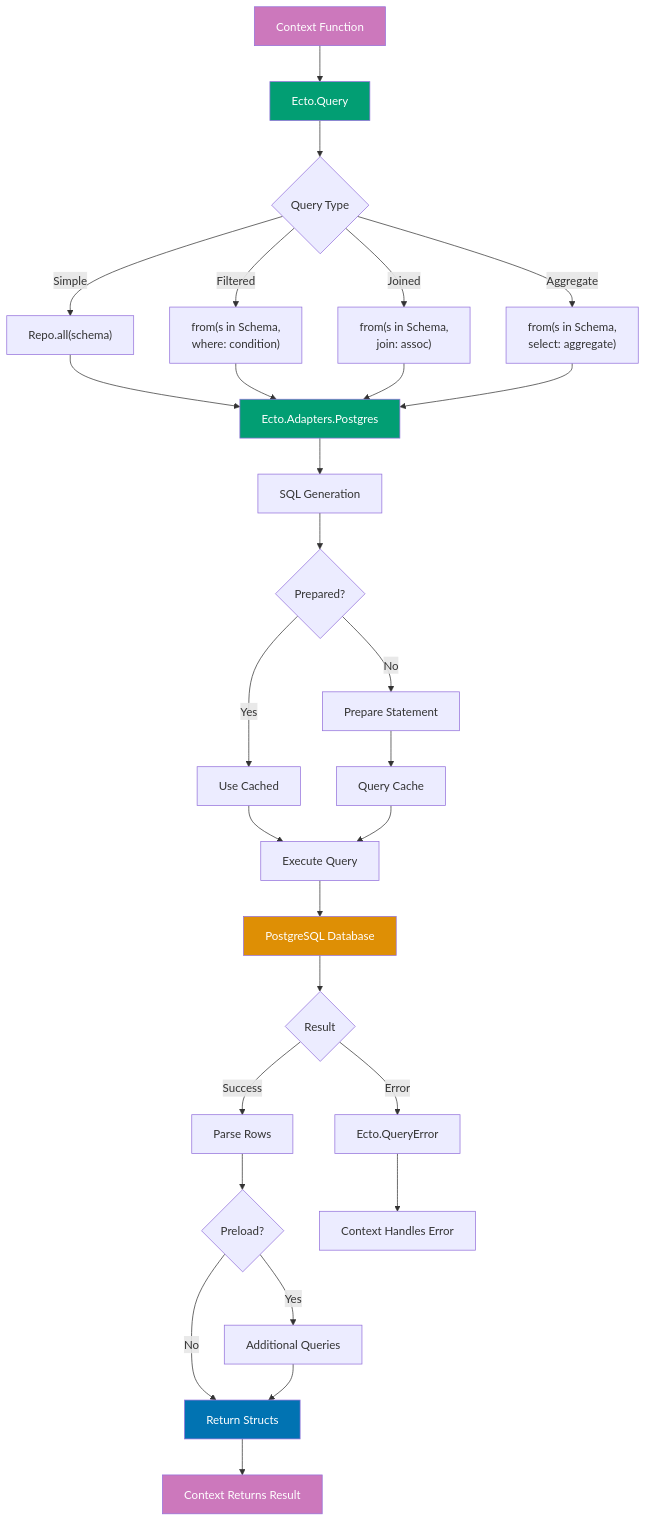
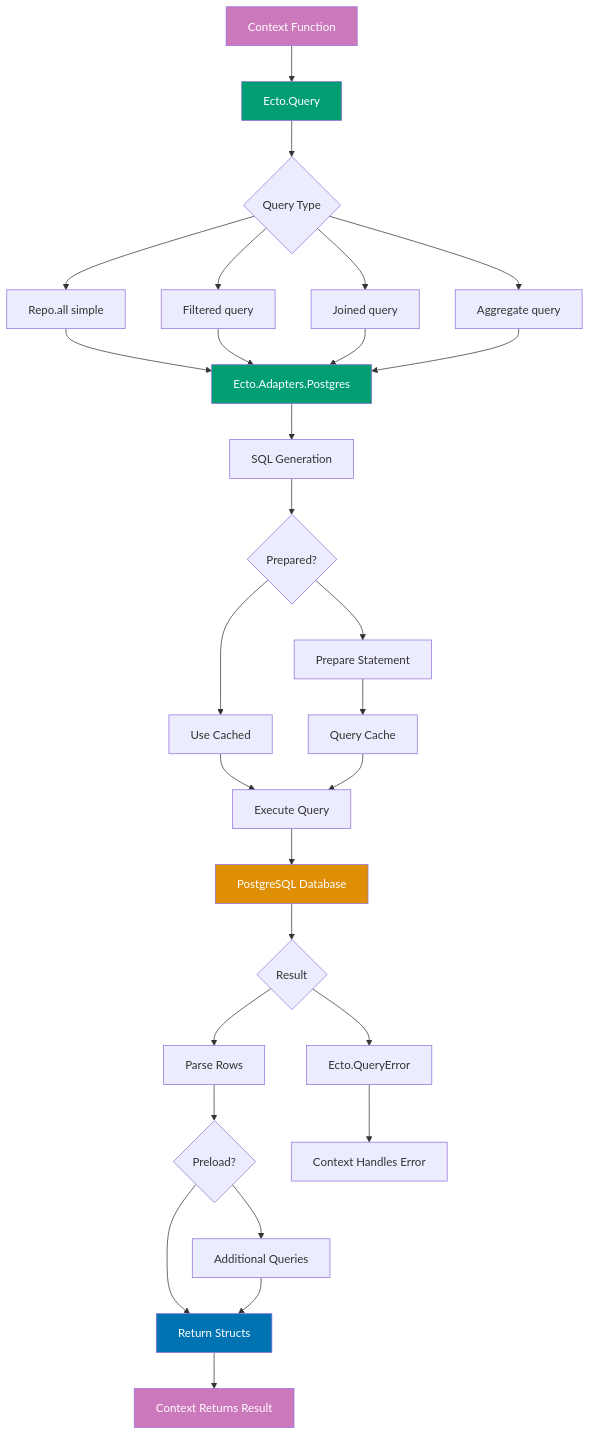
One commit to wahidyankf/open-sharia-enterprise changed the diagram in docs/explanation/software-engineering/platform-web/tools/elixir-phoenix/data-access.md. Above: the diagram before and after it, drawn with Mermaid. The commit also changed 16 other files, not shown here.

First line of the commit message:
fix(docs): fix mermaid violations in elixir docs

````diff
--- a/docs/explanation/software-engineering/platform-web/tools/elixir-phoenix/data-access.md
+++ b/docs/explanation/software-engineering/platform-web/tools/elixir-phoenix/data-access.md
@@ -548,48 +548,48 @@
 ```mermaid
 %% Color Palette: Blue #0173B2, Orange #DE8F05, Teal #029E73, Purple #CC78BC
 %% All colors are color-blind friendly and meet WCAG AA contrast standards
 
 graph TD
     A[Context Function] --> B[Ecto.Query]
     B --> C{Query Type}
 
-    C -->|Simple| D[Repo.all#40;schema#41;]
-    C -->|Filtered| E[from#40;s in Schema,<br/>where: condition#41;]
-    C -->|Joined| F[from#40;s in Schema,<br/>join: assoc#41;]
-    C -->|Aggregate| G[from#40;s in Schema,<br/>select: aggregate#41;]
+    C --> D[Repo.all simple]
+    C --> E[Filtered query]
+    C --> F[Joined query]
+    C --> G[Aggregate query]
 
     D --> H[Ecto.Adapters.Postgres]
     E --> H
     F --> H
     G --> H
 
     H --> I[SQL Generation]
     I --> J{Prepared?}
-    J -->|No| K[Prepare Statement]
-    J -->|Yes| L[Use Cached]
+    J --> K[Prepare Statement]
+    J --> L[Use Cached]
     K --> M[Query Cache]
     L --> N[Execute Query]
     M --> N
 
     N --> O[PostgreSQL Database]
     O --> P{Result}
 
-    P -->|Success| Q[Parse Rows]
-    P -->|Error| R[Ecto.QueryError]
+    P --> Q[Parse Rows]
+    P --> R[Ecto.QueryError]
 
     Q --> S{Preload?}
-    S -->|Yes| T[Additional Queries]
-    S -->|No| U[Return Structs]
+    S --> T[Additional Queries]
+    S --> U[Return Structs]
     T --> U
 
     U --> V[Context Returns Result]
     R --> W[Context Handles Error]
 
     style A fill:#CC78BC,color:#fff
     style B fill:#029E73,color:#fff
     style H fill:#029E73,color:#fff
     style O fill:#DE8F05,color:#fff
     style U fill:#0173B2,color:#fff
     style V fill:#CC78BC,color:#fff
 
 ```
````
